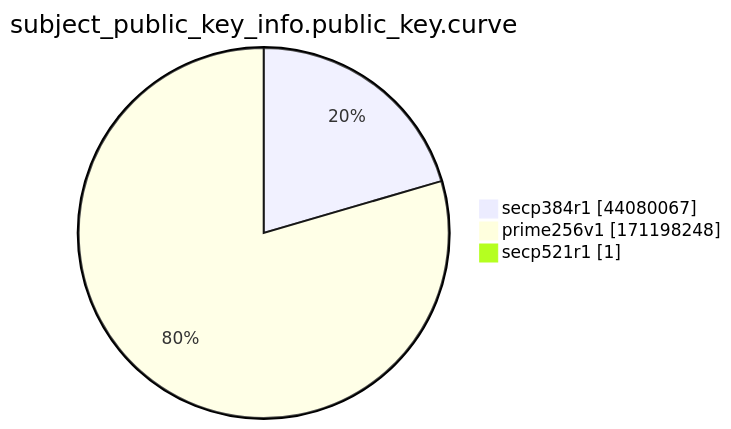
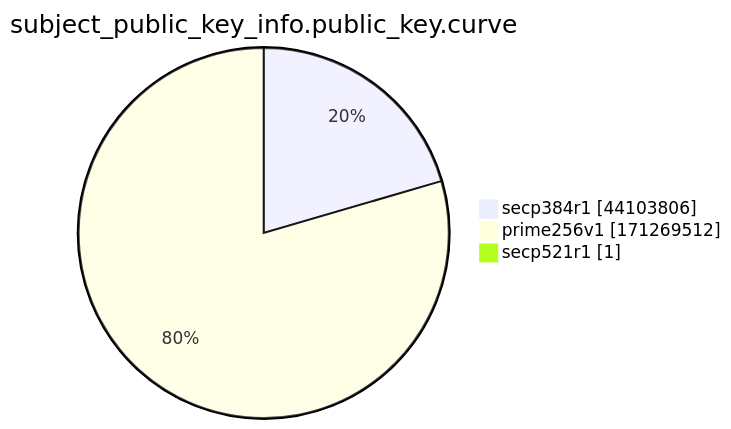
Before and after one commit to christiankrug/ctmonitor_visualization: the ninth of 15 diagrams in xenon2022/README.md, drawn with Mermaid. The commit also changed other lines of this file, not shown here.

````diff
--- a/xenon2022/README.md
+++ b/xenon2022/README.md
@@ -2871,7 +2871,7 @@
 ```mermaid
 pie showData
 title subject_public_key_info.public_key.curve
-"secp384r1" :44080067
-"prime256v1" :171198248
+"secp384r1" :44103806
+"prime256v1" :171269512
 "secp521r1" :1
 ```
````
